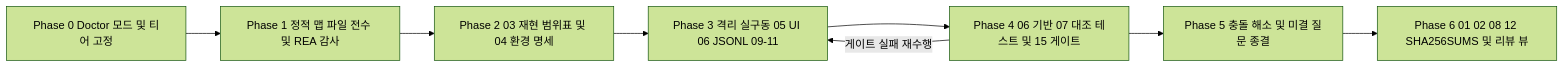
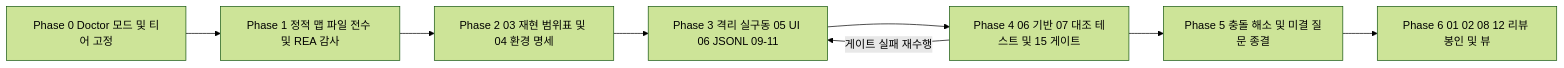
One commit to awesomejun/spec-anything changed the second of 2 diagrams in README.ko.md. Above: the diagram before and after it, drawn with Mermaid (forest theme). The commit also changed other lines of this file and 8 other files, not shown here.

````diff
--- a/README.ko.md
+++ b/README.ko.md
@@ -155,10 +153,10 @@
 ```mermaid
 flowchart LR
     P0[Phase 0 Doctor 모드 및 티어 고정] --> P1[Phase 1 정적 맵 파일 전수 및 REA 감사]
     P1 --> P2[Phase 2 03 재현 범위표 및 04 환경 명세]
     P2 --> P3[Phase 3 격리 실구동 05 UI 06 JSONL 09-11]
     P3 --> P4[Phase 4 06 기반 07 대조 테스트 및 15 게이트]
     P4 -->|게이트 실패 재수행| P3
     P4 --> P5[Phase 5 충돌 해소 및 미결 질문 종결]
-    P5 --> P6[Phase 6 01 02 08 12 SHA256SUMS 및 리뷰 뷰]
+    P5 --> P6[Phase 6 01 02 08 12 리뷰 봉인 및 뷰]
 ```
````
